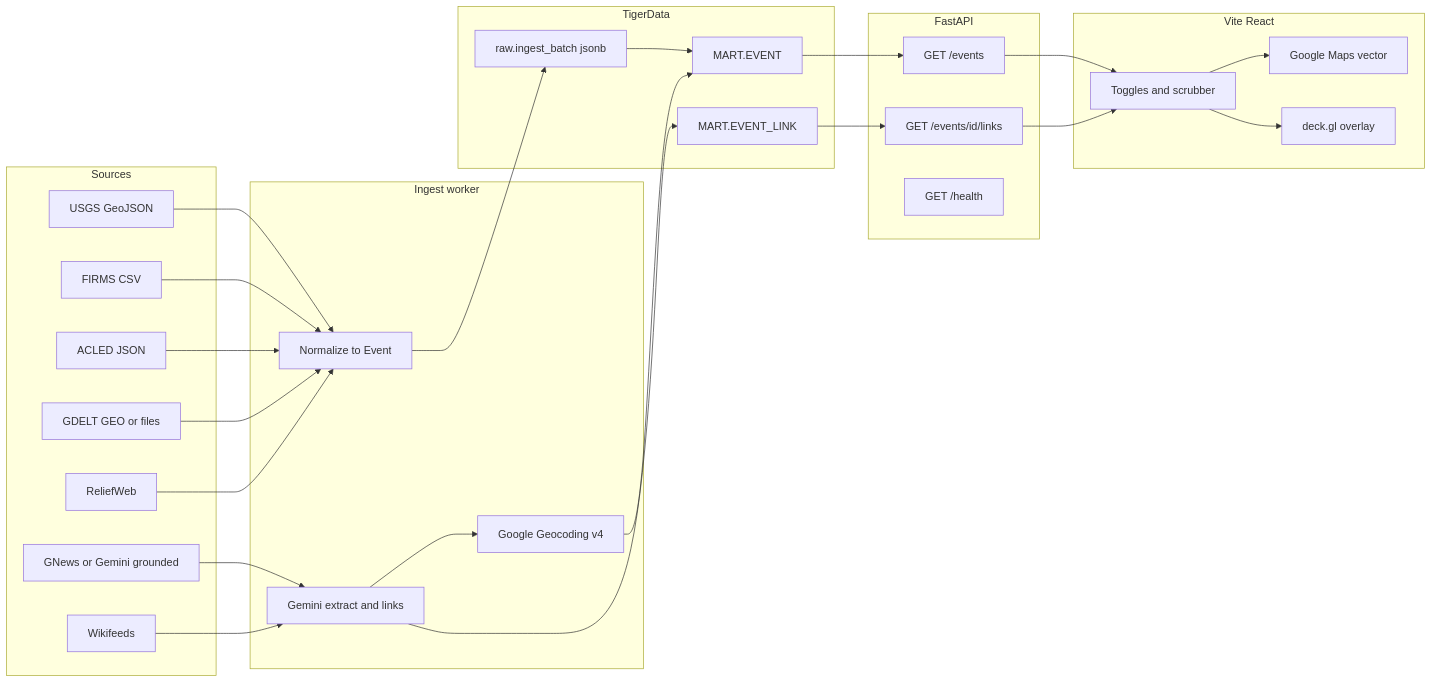
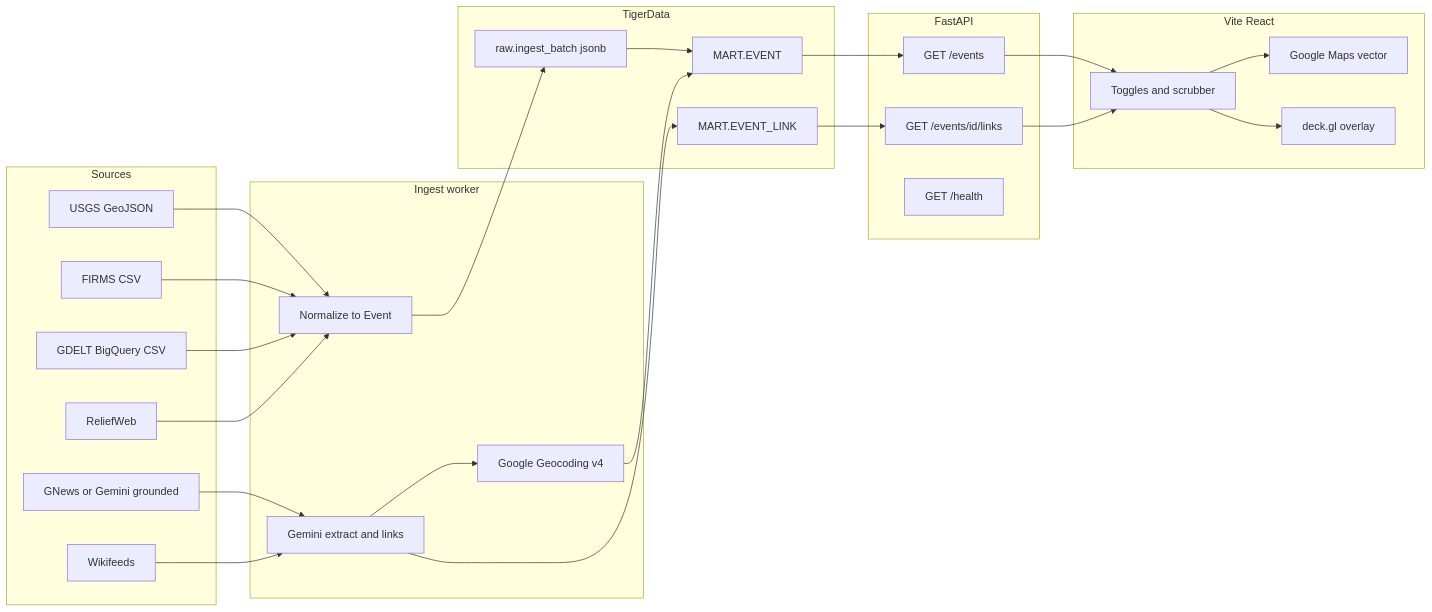
Before and after one commit to tm1944/eye-of-horus: the diagram in docs/architecture.md, drawn with Mermaid. The commit also changed other lines of this file and 6 other files, not shown here.

````diff
--- a/docs/architecture.md
+++ b/docs/architecture.md
@@ -230,55 +224,53 @@
 ```mermaid
 flowchart LR
   subgraph sources [Sources]
     USGS[USGS GeoJSON]
     FIRMS[FIRMS CSV]
-    ACLED[ACLED JSON]
-    GDELT[GDELT GEO or files]
+    GDELT[GDELT BigQuery CSV]
     RW[ReliefWeb]
     NEWS[GNews or Gemini grounded]
     WIKI[Wikifeeds]
   end
 
   subgraph ingest [Ingest worker]
     NORM[Normalize to Event]
     GEO[Google Geocoding v4]
     LLM[Gemini extract and links]
   end
 
   subgraph store [TigerData]
     RAW[raw.ingest_batch jsonb]
     MART[MART.EVENT]
     LINKS[MART.EVENT_LINK]
   end
 
   subgraph api [FastAPI]
     Q[GET /events]
     L[GET /events/id/links]
     H[GET /health]
   end
 
   subgraph ui [Vite React]
     MAP[Google Maps vector]
     DECK[deck.gl overlay]
     UI[Toggles and scrubber]
   end
 
   USGS --> NORM
   FIRMS --> NORM
-  ACLED --> NORM
   GDELT --> NORM
   RW --> NORM
   NEWS --> LLM
   WIKI --> LLM
   LLM --> GEO
   NORM --> RAW
   GEO --> MART
   LLM --> LINKS
   RAW --> MART
   MART --> Q
   LINKS --> L
   Q --> UI
   L --> UI
   UI --> MAP
   UI --> DECK
 ```
````
